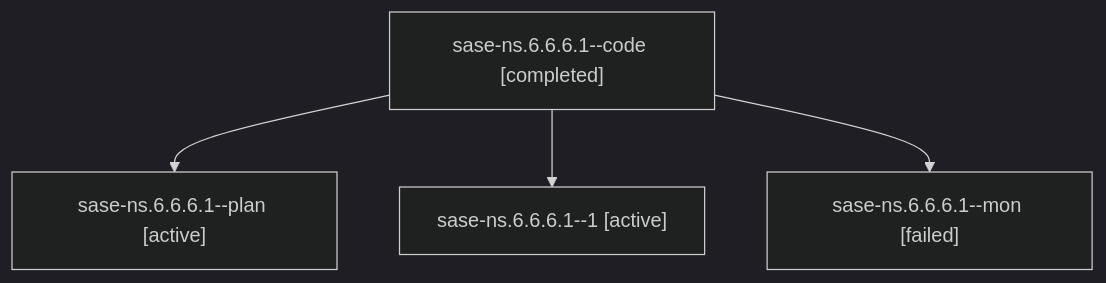
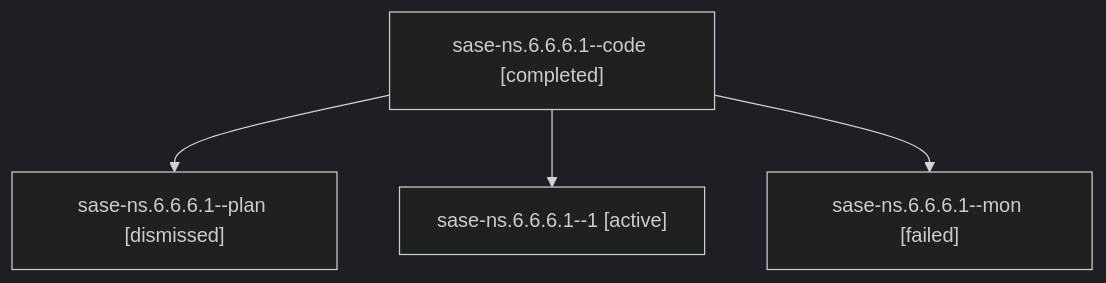
Before and after one commit to sase-org/sase--agents: the diagram in sessions/bbugyi200.athena.sase-ns.6.6.6.1.md, drawn with Mermaid (dark theme). The commit also changed other lines of this file and 219 other files, not shown here.

````diff
--- a/sessions/bbugyi200.athena.sase-ns.6.6.6.1.md
+++ b/sessions/bbugyi200.athena.sase-ns.6.6.6.1.md
@@ -9,10 +9,10 @@
 ```mermaid
 flowchart TD
   n0["sase-ns.6.6.6.1--code [completed]"]
-  n1["sase-ns.6.6.6.1--plan [active]"]
+  n1["sase-ns.6.6.6.1--plan [dismissed]"]
   n0 --> n1
   n2["sase-ns.6.6.6.1--1 [active]"]
   n0 --> n2
   n3["sase-ns.6.6.6.1--mon [failed]"]
   n0 --> n3
 ```
````
